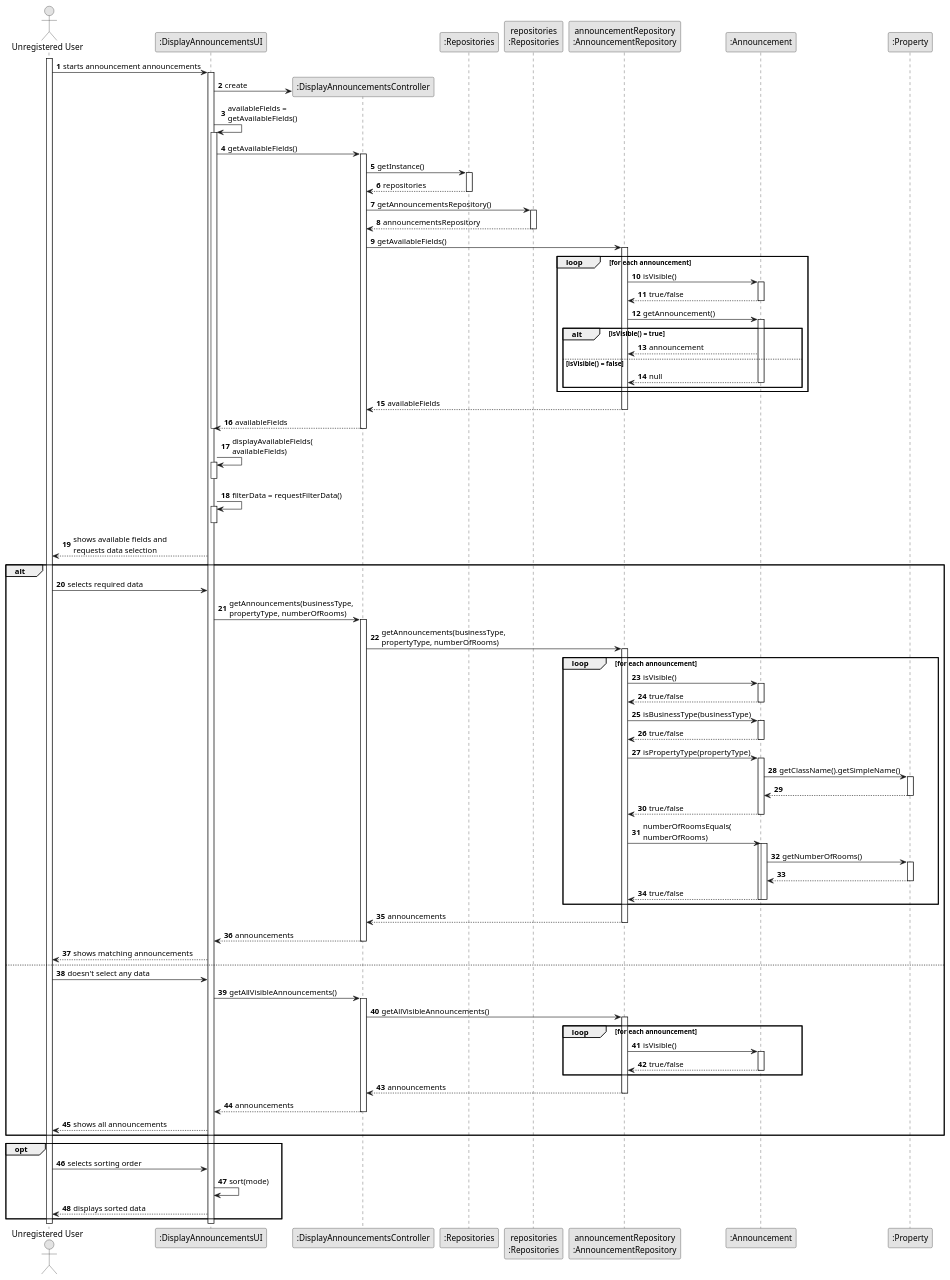
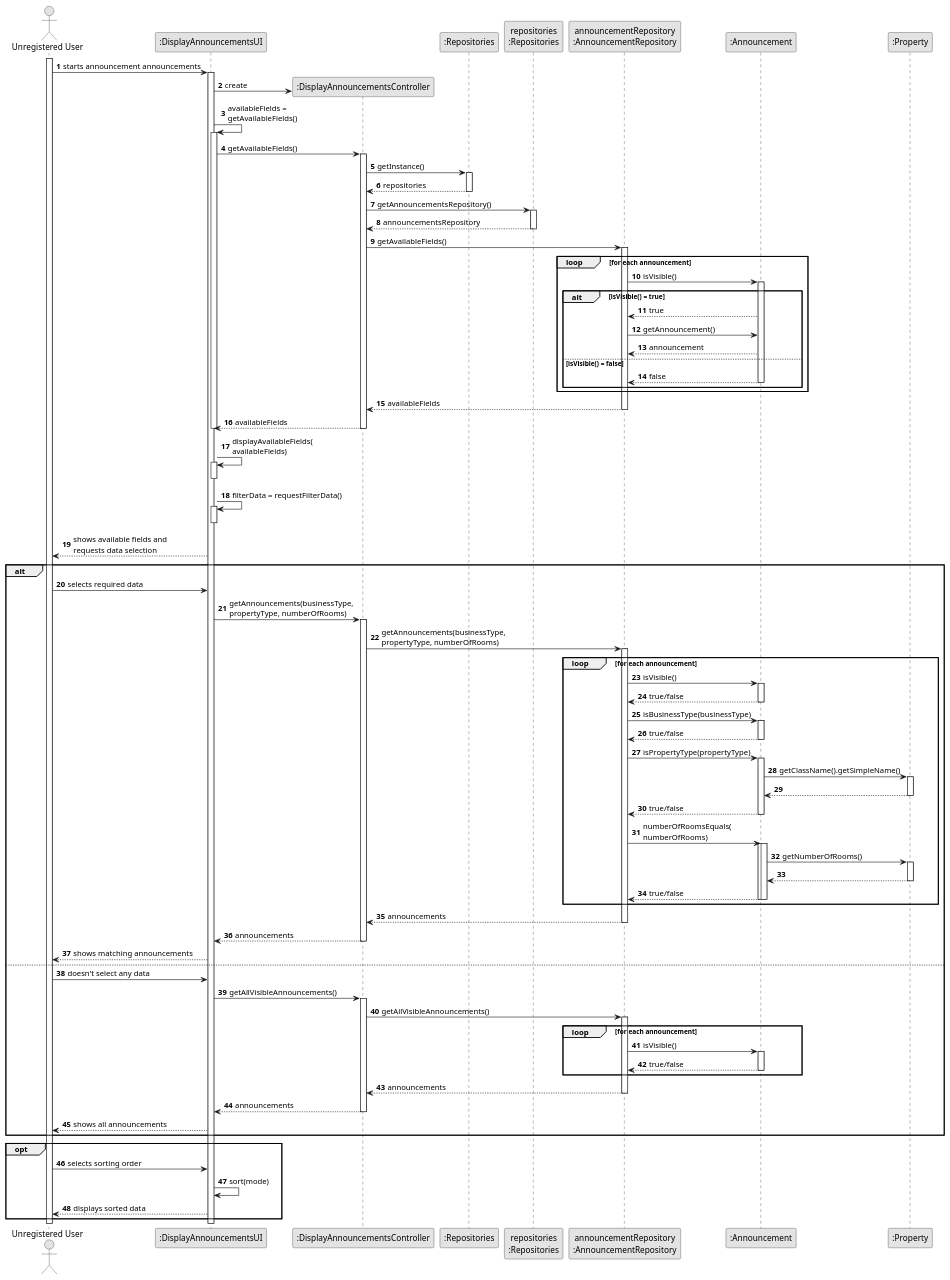
Before and after one commit to tiagohcorreia/LAPR2: the diagram in docs/sprintB/US001/03.design/puml/us001-sequence-diagram-full.puml, drawn with PlantUML.

Commit message:
US1 - Updated the SD

```diff
--- a/docs/sprintB/US001/03.design/puml/us001-sequence-diagram-full.puml
+++ b/docs/sprintB/US001/03.design/puml/us001-sequence-diagram-full.puml
@@ -1,137 +1,138 @@
 @startuml
 skinparam monochrome true
 skinparam packageStyle rectangle
 skinparam shadowing false
 
 autonumber
 
 'hide footbox
 actor "Unregistered User" as UU
 participant ":DisplayAnnouncementsUI" as UI
 participant ":DisplayAnnouncementsController" as CTRL
 participant ":Repositories" as reposclass
 participant "repositories\n:Repositories" as repositories
 participant "announcementRepository\n:AnnouncementRepository" as ARepo
 'participant "announcement\n:Announcement" as announcement
 participant ":Announcement" as announcement
 participant ":Property" as prop
 
 
 
 activate UU
 UU -> UI: starts announcement announcements
 activate UI
 UI -> CTRL**: create
 UI -> UI: availableFields =\ngetAvailableFields()
 activate UI
 UI -> CTRL: getAvailableFields()
 activate CTRL
 
 CTRL -> reposclass: getInstance()
 activate reposclass
 reposclass --> CTRL: repositories
 deactivate reposclass
 CTRL -> repositories: getAnnouncementsRepository()
 activate repositories
 repositories --> CTRL: announcementsRepository
 deactivate repositories
 CTRL -> ARepo: getAvailableFields()
 activate ARepo
 loop for each announcement
     ARepo -> announcement: isVisible()
     activate announcement
-    return true/false
+    alt isVisible() = true
+    announcement --> ARepo: true
     'ARepo -> announcement: getBusinessType()
     ARepo -> announcement: getAnnouncement()
-    alt isVisible() = true
-        activate announcement
+
         announcement --> ARepo: announcement
         else isVisible() = false
-        return null
+
+        return false
         deactivate announcement
     end
 end
 ARepo --> CTRL: availableFields
 deactivate ARepo
 
 CTRL --> UI: availableFields
 deactivate CTRL
 deactivate UI
 
 UI -> UI: displayAvailableFields(\navailableFields)
 activate UI
 deactivate UI
 
 UI -> UI: filterData = requestFilterData()
 activate UI
 deactivate UI
 
 UI --> UU: shows available fields and\nrequests data selection
 alt
     UU -> UI: selects required data
     UI -> CTRL: getAnnouncements(businessType,\npropertyType, numberOfRooms)
     activate CTRL
     CTRL -> ARepo: getAnnouncements(businessType,\npropertyType, numberOfRooms)
     activate ARepo
     loop for each announcement
         ARepo -> announcement: isVisible()
         activate announcement
         return true/false
         deactivate announcement
         ARepo -> announcement: isBusinessType(businessType)
         activate announcement
         return true/false
         deactivate announcement
 
         ARepo -> announcement: isPropertyType(propertyType)
         activate announcement
         announcement -> prop: getClassName().getSimpleName()
         activate prop
         return
         return true/false
         deactivate prop
         deactivate announcement
 
         ARepo -> announcement: numberOfRoomsEquals(\nnumberOfRooms)
         activate announcement
         activate announcement
         announcement -> prop: getNumberOfRooms()
         activate prop
         return
 
         return true/false
         deactivate announcement
     end
 
     ARepo --> CTRL: announcements
     deactivate ARepo
     CTRL --> UI: announcements
     deactivate CTRL
     UI --> UU: shows matching announcements
 else
     UU -> UI: doesn't select any data
     UI -> CTRL: getAllVisibleAnnouncements()
     activate CTRL
     CTRL -> ARepo: getAllVisibleAnnouncements()
     activate ARepo
     loop for each announcement
         ARepo -> announcement: isVisible()
         activate announcement
         return true/false
         deactivate announcement
     end
     ARepo --> CTRL: announcements
     deactivate ARepo
 
     CTRL --> UI: announcements
     deactivate CTRL
     UI --> UU: shows all announcements
 end 'ALT fragment end
 
 opt
     UU -> UI: selects sorting order
     UI -> UI: sort(mode)
     UI --> UU: displays sorted data
 end
 
 @enduml
```
